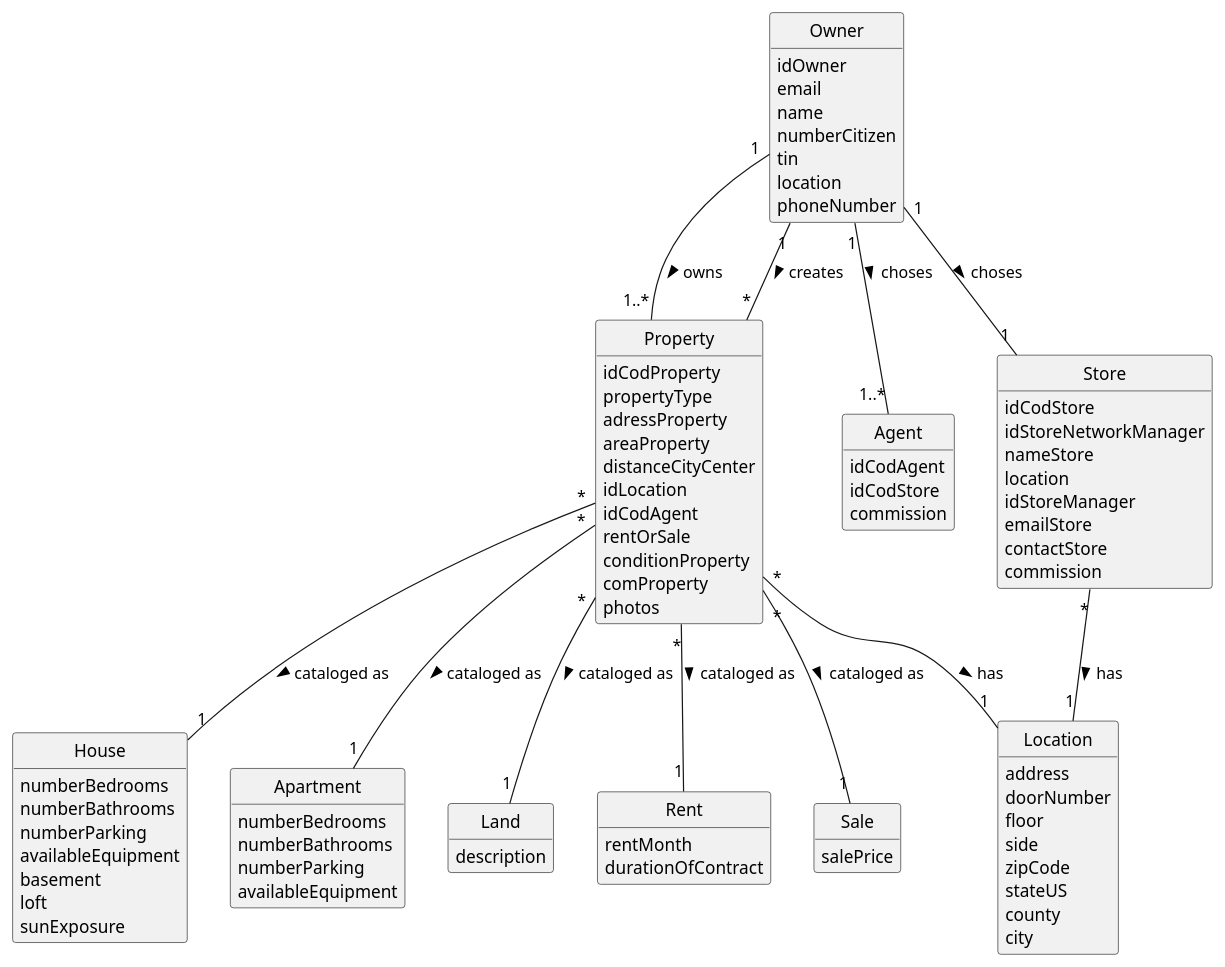
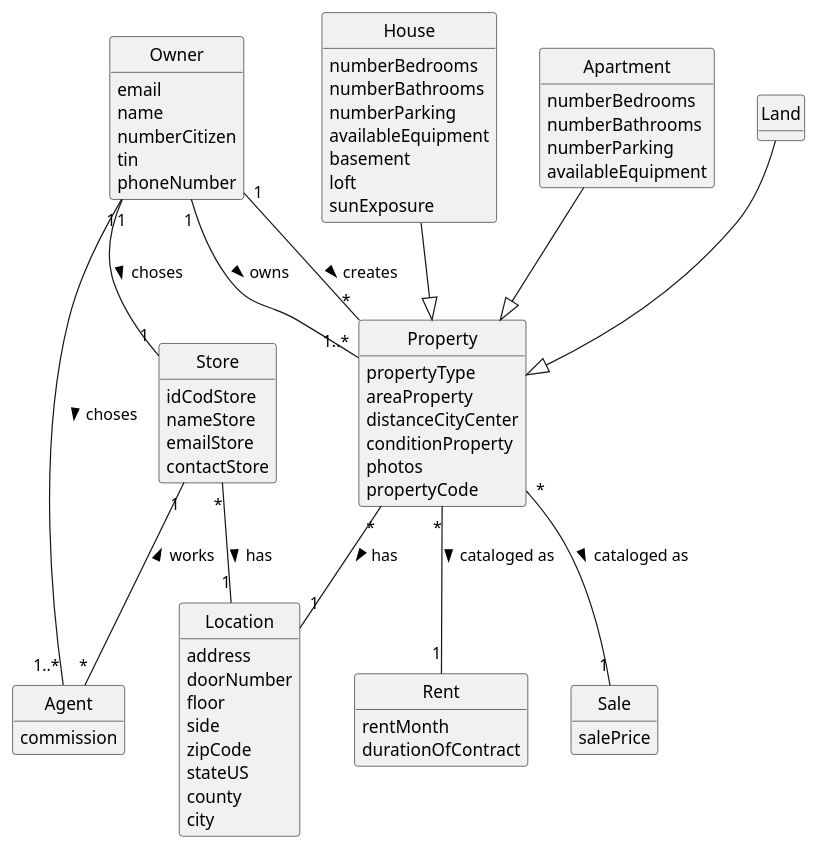
Before and after one commit to PEDROMOREIRA45/lei-23-s2-1dg-g31: the diagram in docs/sprintA/us004/02.analysis/puml/us004-domain-model.puml, drawn with PlantUML. The commit also changed 28 other files, not shown here.

```diff
--- a/docs/sprintA/us004/02.analysis/puml/us004-domain-model.puml
+++ b/docs/sprintA/us004/02.analysis/puml/us004-domain-model.puml
@@ -1,113 +1,101 @@
 @startuml
 skinparam monochrome true
 skinparam packageStyle rectangle
 skinparam shadowing false
 
 'left to right direction
 
 skinparam classAttributeIconSize 0
 
 hide circle
 hide methods
 
 'title Domain Model
 
 'class Platform {
 '  -description
 '}
 
 class Owner {
-    idOwner
     email
     name
     numberCitizen
     tin
-    location
     phoneNumber
 }
 
 class Property {
-    idCodProperty
     propertyType
-    adressProperty
     areaProperty
     distanceCityCenter
-    idLocation
-    idCodAgent
-    rentOrSale
     conditionProperty
-    comProperty
     photos
+    propertyCode
 }
 
 class House{
     numberBedrooms
     numberBathrooms
     numberParking
     availableEquipment
     basement
     loft
     sunExposure
 }
 
 class Apartment{
     numberBedrooms
     numberBathrooms
     numberParking
     availableEquipment
 }
 
 class Land{
-    description
+
 }
 class Rent {
     rentMonth
     durationOfContract
 }
 class Sale {
     salePrice
 }
 
 class Location {
     address
     doorNumber
     floor
     side
     zipCode
     stateUS
     county
     city
-
 }
 
 class Agent {
-    idCodAgent
-    idCodStore
     commission
 }
 
 class Store{
     idCodStore
-    idStoreNetworkManager
     nameStore
-    location
-    idStoreManager
     emailStore
     contactStore
-    commission
-
 }
 
 Owner "1" -- "1..*" Property: owns >
+House --|> Property
+Apartment --|> Property
+Land --|>  Property
+Store "1" -- "*" Agent: works <
+
 Owner "1" -- "1..*" Agent: choses >
 Owner "1" -- "1" Store: choses >
 Owner "1" -- "*" Property : creates >
-Property "*" -- "1" House: cataloged as >
-Property "*" -- "1" Apartment: cataloged as >
-Property "*" -- "1" Land: cataloged as >
+
 Property "*" -- "1" Rent: cataloged as >
 Property "*" -- "1" Sale: cataloged as >
 Property "*" -- "1" Location: has >
 Store "*" -- "1" Location: has >
 
 @enduml
```
